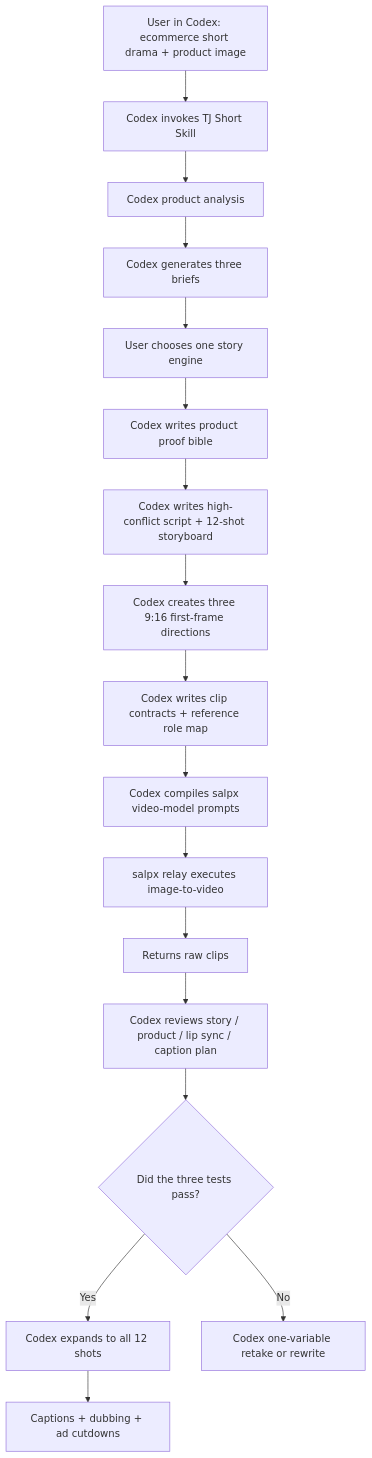
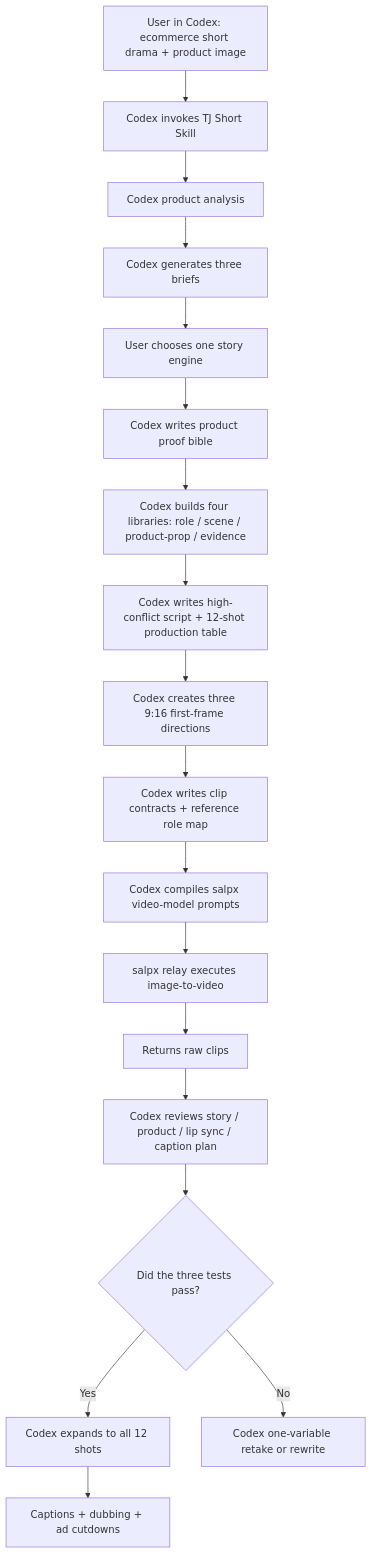
Before and after one commit to tttg2010/tj-short: the diagram in README.en.md, drawn with Mermaid. The commit also changed other lines of this file and 4 other files, not shown here.

````diff
--- a/README.en.md
+++ b/README.en.md
@@ -113,19 +114,20 @@
 ```mermaid
 flowchart TD
   A["User in Codex: ecommerce short drama + product image"] --> B["Codex invokes TJ Short Skill"]
   B --> C["Codex product analysis"]
   C --> D["Codex generates three briefs"]
   D --> E["User chooses one story engine"]
   E --> F["Codex writes product proof bible"]
-  F --> G["Codex writes high-conflict script + 12-shot storyboard"]
+  F --> R["Codex builds four libraries: role / scene / product-prop / evidence"]
+  R --> G["Codex writes high-conflict script + 12-shot production table"]
   G --> H["Codex creates three 9:16 first-frame directions"]
   H --> I["Codex writes clip contracts + reference role map"]
   I --> J["Codex compiles salpx video-model prompts"]
   J --> K["salpx relay executes image-to-video"]
   K --> L["Returns raw clips"]
   L --> M["Codex reviews story / product / lip sync / caption plan"]
   M --> N{"Did the three tests pass?"}
   N -- "Yes" --> O["Codex expands to all 12 shots"]
   N -- "No" --> P["Codex one-variable retake or rewrite"]
   O --> Q["Captions + dubbing + ad cutdowns"]
 ```
````
